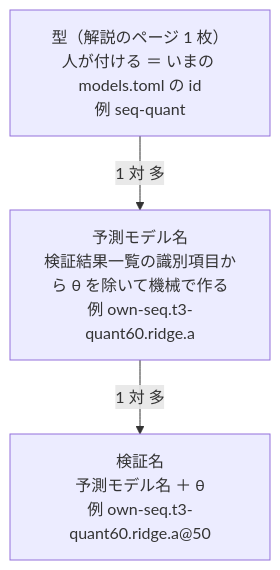
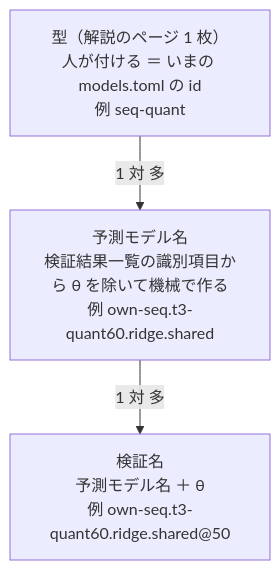
The third of 3 diagrams in docs/plans/db-model-facts.md (akiraak/ai-income-lab), drawn with Mermaid before and after one commit. The commit also changed other lines of this file and 23 other files, not shown here.

````diff
--- a/docs/plans/db-model-facts.md
+++ b/docs/plans/db-model-facts.md
@@ -94,8 +117,8 @@
 ```mermaid
 flowchart TB
   F["型（解説のページ 1 枚）<br/>人が付ける ＝ いまの models.toml の id<br/>例 seq-quant"]
-  M["予測モデル名<br/>検証結果一覧の識別項目から θ を除いて機械で作る<br/>例 own-seq.t3-quant60.ridge.a"]
-  X["検証名<br/>予測モデル名 ＋ θ<br/>例 own-seq.t3-quant60.ridge.a@50"]
+  M["予測モデル名<br/>検証結果一覧の識別項目から θ を除いて機械で作る<br/>例 own-seq.t3-quant60.ridge.shared"]
+  X["検証名<br/>予測モデル名 ＋ θ<br/>例 own-seq.t3-quant60.ridge.shared@50"]
   F -- "1 対 多" --> M
   M -- "1 対 多" --> X
 ```
````
